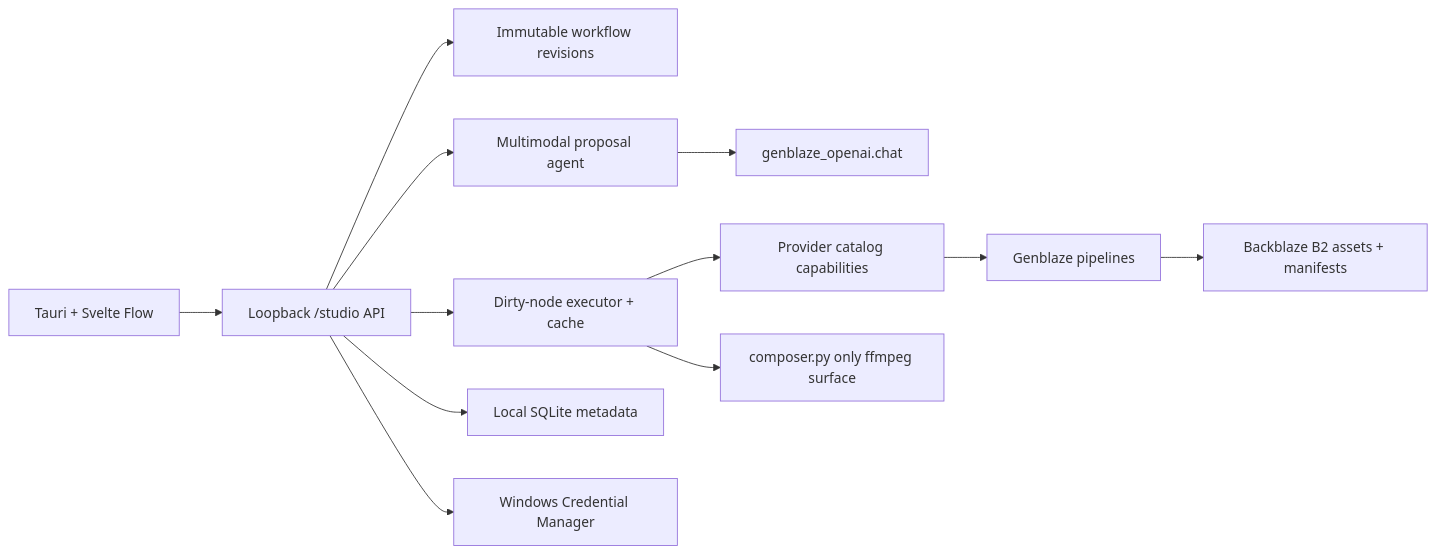
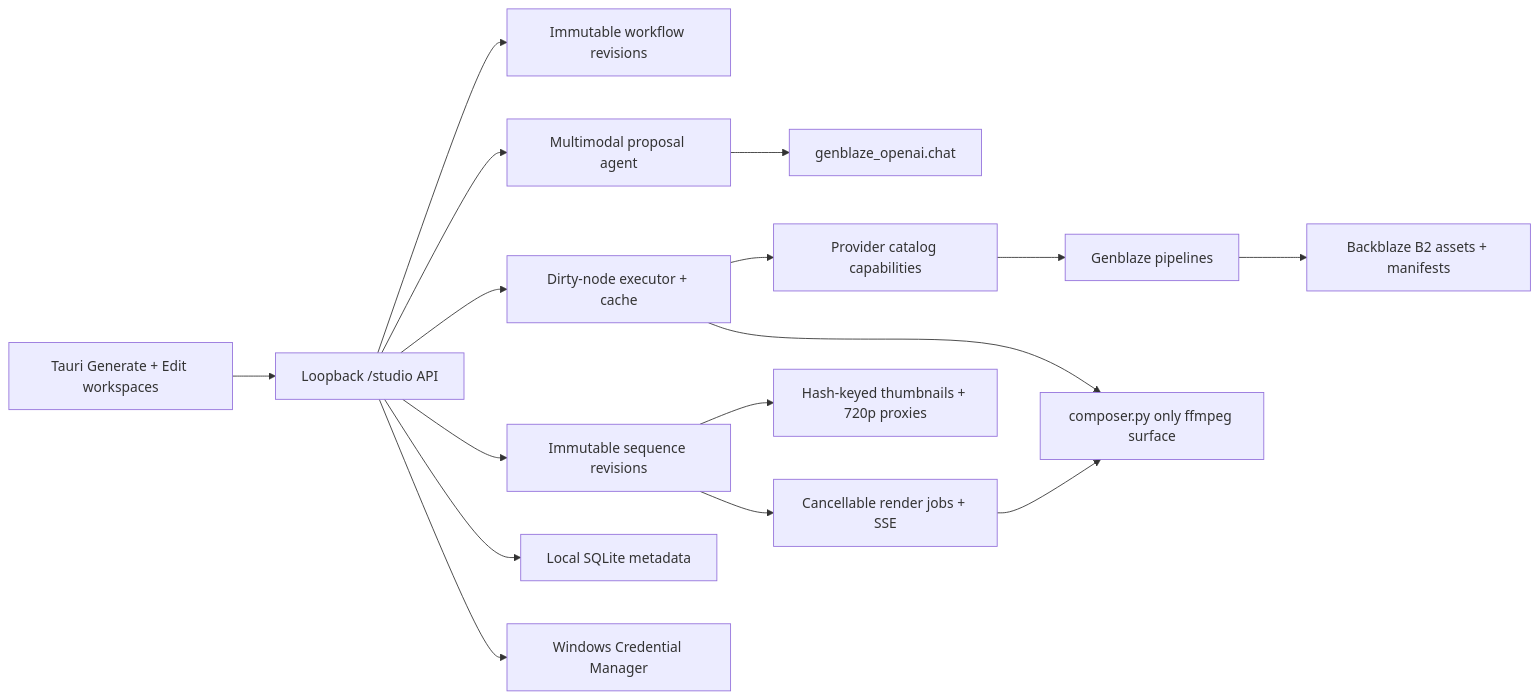
One commit to malawadd/thikra-hack changed the first of 6 diagrams in ARCHITECTURE.md. Above: the diagram before and after it, drawn with Mermaid. The commit also changed other lines of this file and 33 other files, not shown here.

````diff
--- a/ARCHITECTURE.md
+++ b/ARCHITECTURE.md
@@ -7,14 +7,18 @@
 ```mermaid
 flowchart LR
-    UI["Tauri + Svelte Flow"] --> API["Loopback /studio API"]
+    UI["Tauri Generate + Edit workspaces"] --> API["Loopback /studio API"]
     API --> REV["Immutable workflow revisions"]
     API --> AG["Multimodal proposal agent"]
     API --> EX["Dirty-node executor + cache"]
     AG --> CHAT["genblaze_openai.chat"]
     EX --> CAT["Provider catalog capabilities"]
     CAT --> GEN["Genblaze pipelines"]
     GEN --> B2["Backblaze B2 assets + manifests"]
     EX --> COMP["composer.py only ffmpeg surface"]
+    API --> SEQ["Immutable sequence revisions"]
+    SEQ --> PREVIEW["Hash-keyed thumbnails + 720p proxies"]
+    SEQ --> RENDER["Cancellable render jobs + SSE"]
+    RENDER --> COMP
     API --> SQL["Local SQLite metadata"]
     API --> KR["Windows Credential Manager"]
 ```
````
